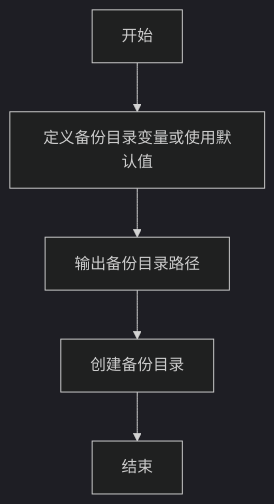
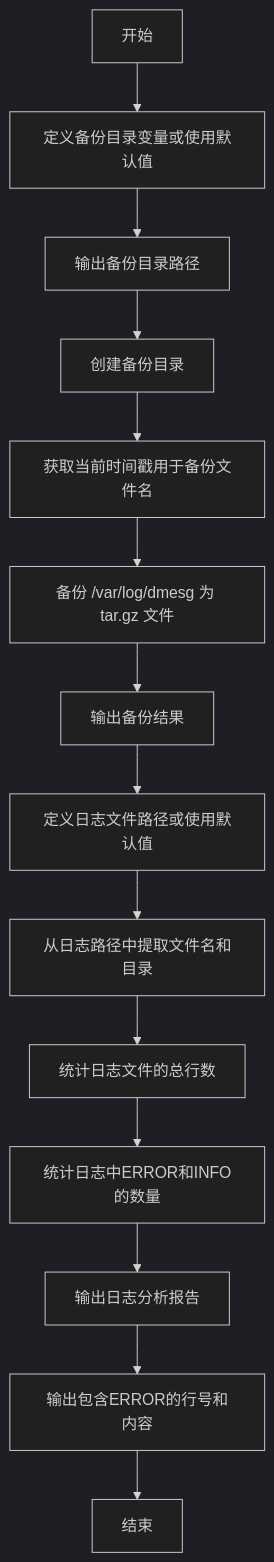
The third of 7 diagrams in Shell编程/day1-Shell基础与运维实战教案.md (Tender-Liu/LinuxDevOps), drawn with Mermaid (dark theme) before and after one commit. The commit also changed other lines of this file, not shown here.

`````diff
--- a/Shell编程/day1-Shell基础与运维实战教案.md
+++ b/Shell编程/day1-Shell基础与运维实战教案.md
@@ -323,7 +327,16 @@
-```mermaid
+````mermaid
 flowchart TD
-  A[开始] --> B[定义备份目录变量或使用默认值]
-  B --> C[输出备份目录路径]
-  C --> D[创建备份目录]
-  D --> E[结束]
-```
+    A[开始] --> B[定义备份目录变量或使用默认值]
+    B --> C[输出备份目录路径]
+    C --> D[创建备份目录]
+    D --> E[获取当前时间戳用于备份文件名]
+    E --> F[备份 /var/log/dmesg 为 tar.gz 文件]
+    F --> G[输出备份结果]
+    G --> H[定义日志文件路径或使用默认值]
+    H --> I[从日志路径中提取文件名和目录]
+    I --> J[统计日志文件的总行数]
+    J --> K[统计日志中ERROR和INFO的数量]
+    K --> L[输出日志分析报告]
+    L --> M[输出包含ERROR的行号和内容]
+    M --> N[结束]
+````
`````
